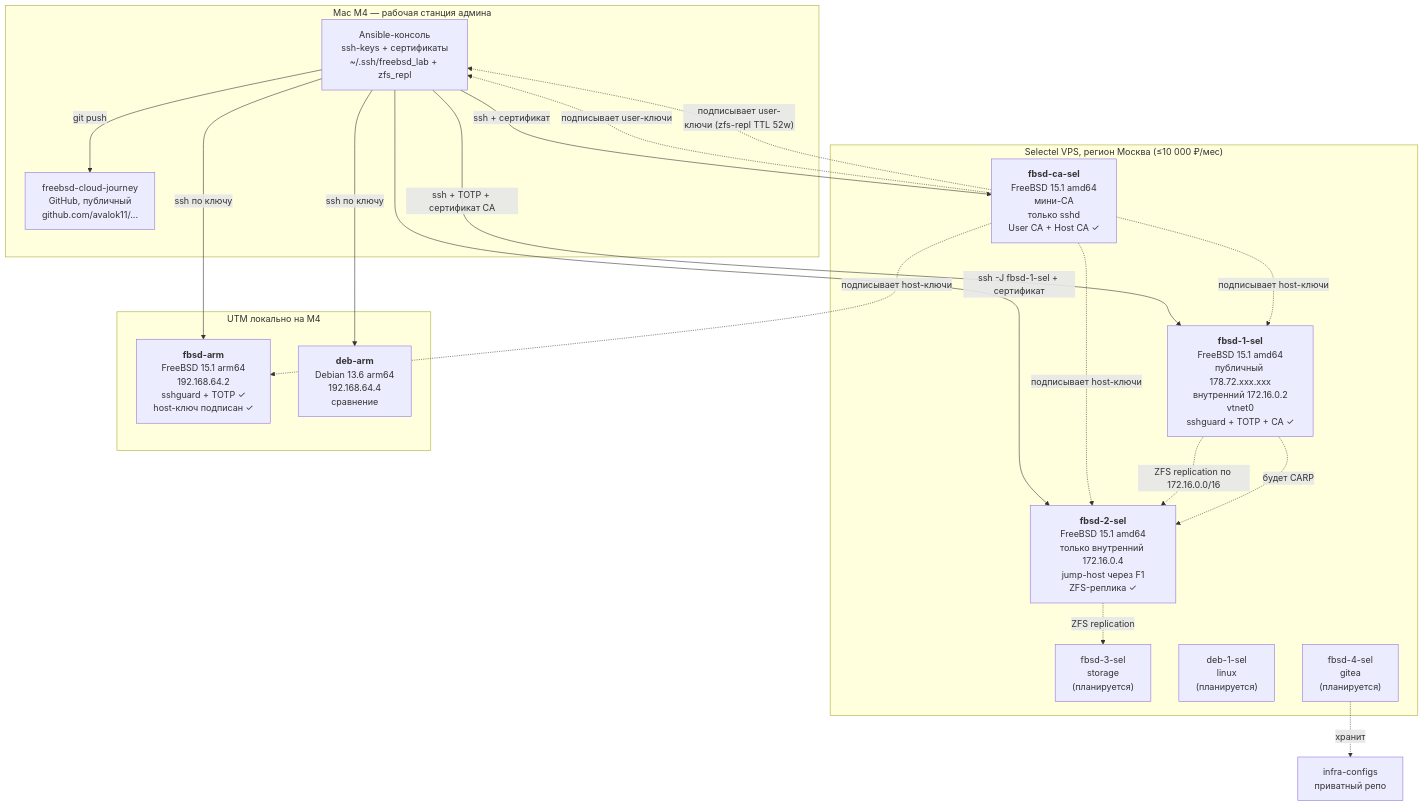
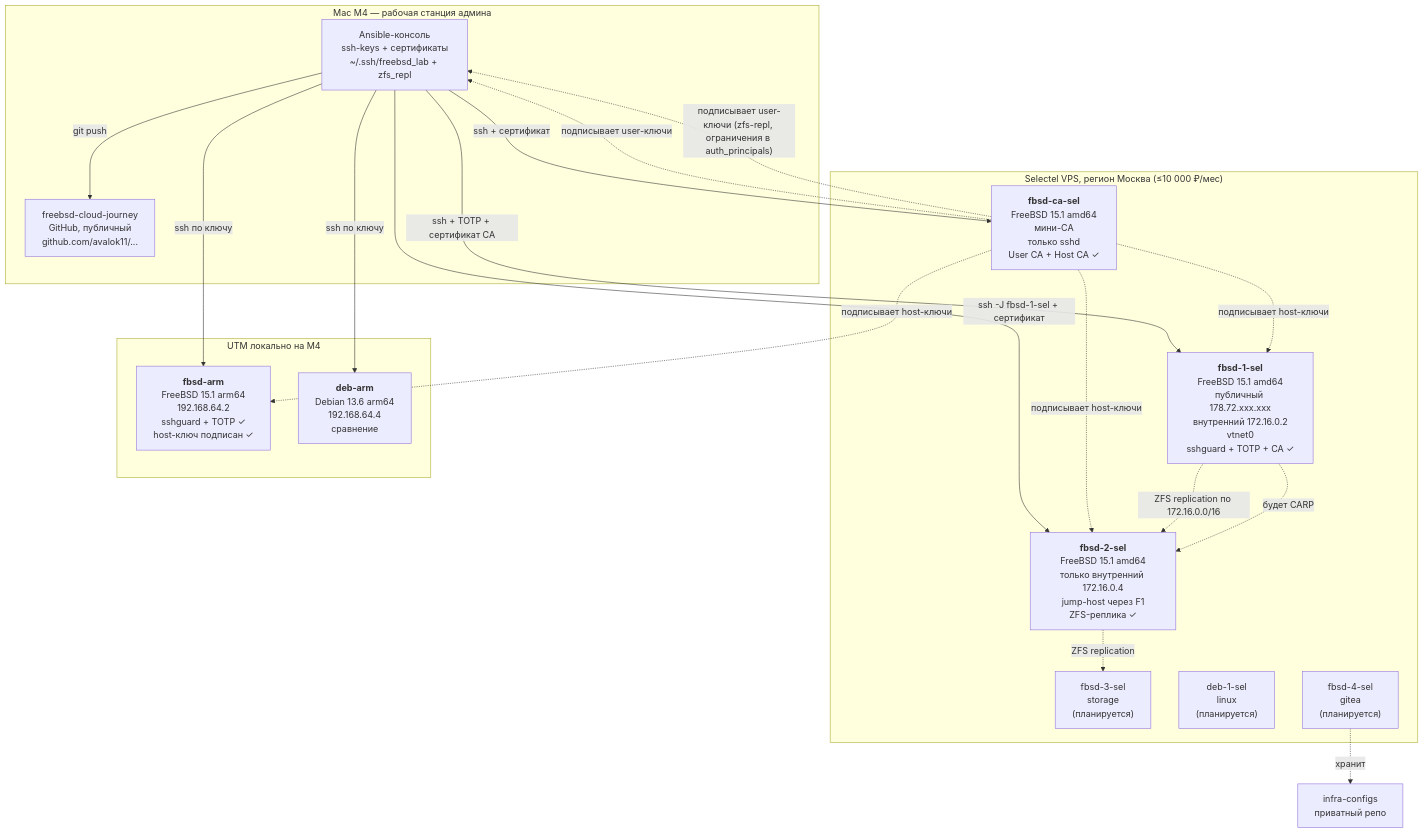
One commit to avalok11/freebsd-cloud-journey changed the diagram in docs/architecture.md. Above: the diagram before and after it, drawn with Mermaid. The commit also changed 6 other files, not shown here.

````diff
--- a/docs/architecture.md
+++ b/docs/architecture.md
@@ -7,37 +7,37 @@
 ```mermaid
 graph TB
     subgraph Laptop["Mac M4 — рабочая станция админа"]
         Console["Ansible-консоль<br/>ssh-keys + сертификаты<br/>~/.ssh/freebsd_lab + zfs_repl"]
         GH["freebsd-cloud-journey<br/>GitHub, публичный<br/>github.com/avalok11/..."]
     end
 
     subgraph Selectel["Selectel VPS, регион Москва (≤10 000 ₽/мес)"]
         F1["<b>fbsd-1-sel</b><br/>FreeBSD 15.1 amd64<br/>публичный 178.72.xxx.xxx<br/>внутренний 172.16.0.2<br/>vtnet0<br/>sshguard + TOTP + CA ✓"]
         CA["<b>fbsd-ca-sel</b><br/>FreeBSD 15.1 amd64<br/>мини-CA<br/>только sshd<br/>User CA + Host CA ✓"]
         F2["<b>fbsd-2-sel</b><br/>FreeBSD 15.1 amd64<br/>только внутренний 172.16.0.4<br/>jump-host через F1<br/>ZFS-реплика ✓"]
         F3["fbsd-3-sel<br/>storage<br/>(планируется)"]
         L1["deb-1-sel<br/>linux<br/>(планируется)"]
         Gitea["fbsd-4-sel<br/>gitea<br/>(планируется)"]
     end
 
     subgraph LocalLab["UTM локально на M4"]
         FARM["<b>fbsd-arm</b><br/>FreeBSD 15.1 arm64<br/>192.168.64.2<br/>sshguard + TOTP ✓<br/>host-ключ подписан ✓"]
         DARM["<b>deb-arm</b><br/>Debian 13.6 arm64<br/>192.168.64.4<br/>сравнение"]
     end
 
     Console -->|"ssh + TOTP + сертификат CA"| F1
     Console -->|"ssh + сертификат"| CA
     Console -->|"ssh -J fbsd-1-sel + сертификат"| F2
     Console -->|"ssh по ключу"| FARM
     Console -->|"ssh по ключу"| DARM
     Console -->|"git push"| GH
     CA -. "подписывает user-ключи" .-> Console
-    CA -. "подписывает user-ключи (zfs-repl TTL 52w)" .-> Console
+    CA -. "подписывает user-ключи (zfs-repl, ограничения в auth_principals)" .-> Console
     CA -. "подписывает host-ключи" .-> F1
     CA -. "подписывает host-ключи" .-> F2
     CA -. "подписывает host-ключи" .-> FARM
     F1 -. "ZFS replication по 172.16.0.0/16" .-> F2
     F1 -. "будет CARP" .-> F2
     F2 -. "ZFS replication" .-> F3
     Gitea -. "хранит" .-> InfraCfg["infra-configs<br/>приватный репо"]
 ```
````
